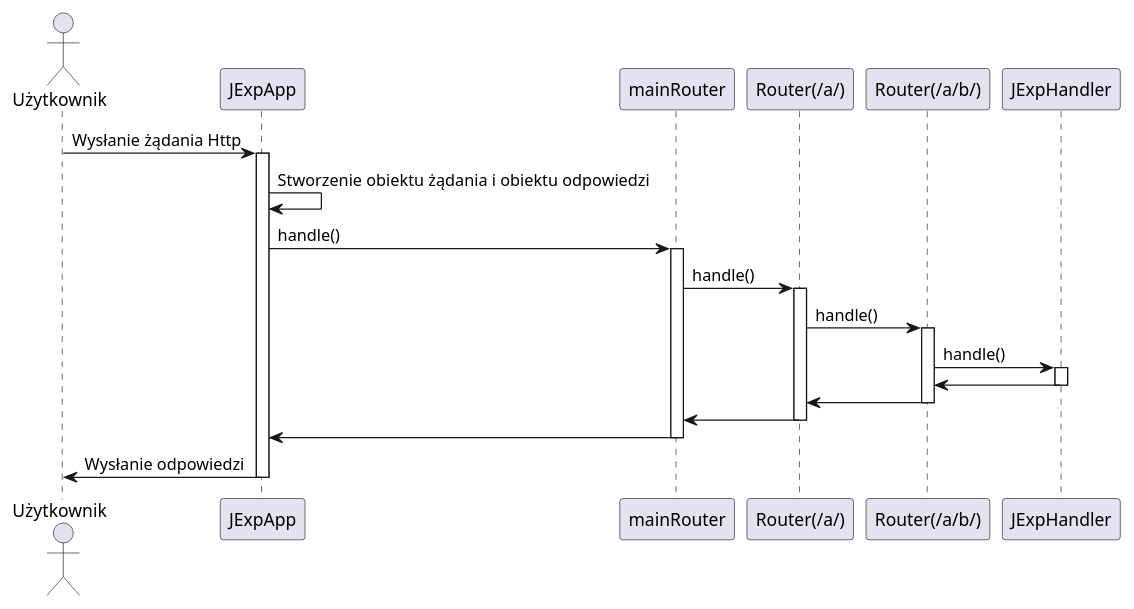
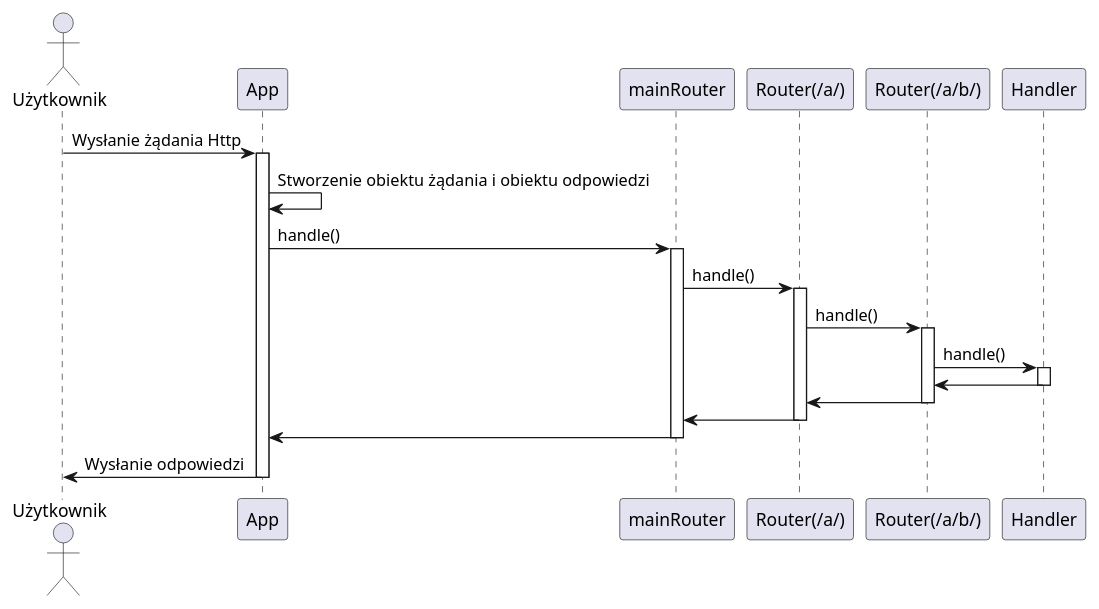
One commit to Mac14101/po2025 changed the third of 4 diagrams in docs/jexp.md. Above: the diagram before and after it, drawn with PlantUML. The commit also changed other lines of this file and 8 other files, not shown here.

````diff
--- a/docs/jexp.md
+++ b/docs/jexp.md
@@ -140,31 +142,31 @@
 ```plantuml
 @startuml
 actor "Użytkownik" as User
-participant "JExpApp" as Server
+participant "App" as Server
 participant "mainRouter" as MainRouter
 participant "Router(/a/)" as Router1
 participant "Router(/a/b/)" as Router2
-participant "JExpHandler" as Handler
+participant "Handler" as Handler
 User->Server : Wysłanie żądania Http
 activate Server
 Server->Server : Stworzenie obiektu żądania i obiektu odpowiedzi
 Server->MainRouter : handle()
 activate MainRouter
 MainRouter->Router1 : handle()
 activate Router1
 Router1->Router2 : handle()
 activate Router2
 Router2->Handler : handle()
 activate Handler
 Handler->Router2
 deactivate Handler
 Router2->Router1
 deactivate Router2
 Router1->MainRouter
 deactivate Router1
 MainRouter->Server
 deactivate MainRouter
 Server->User : Wysłanie odpowiedzi
 deactivate Server
 @enduml
 ```
````
